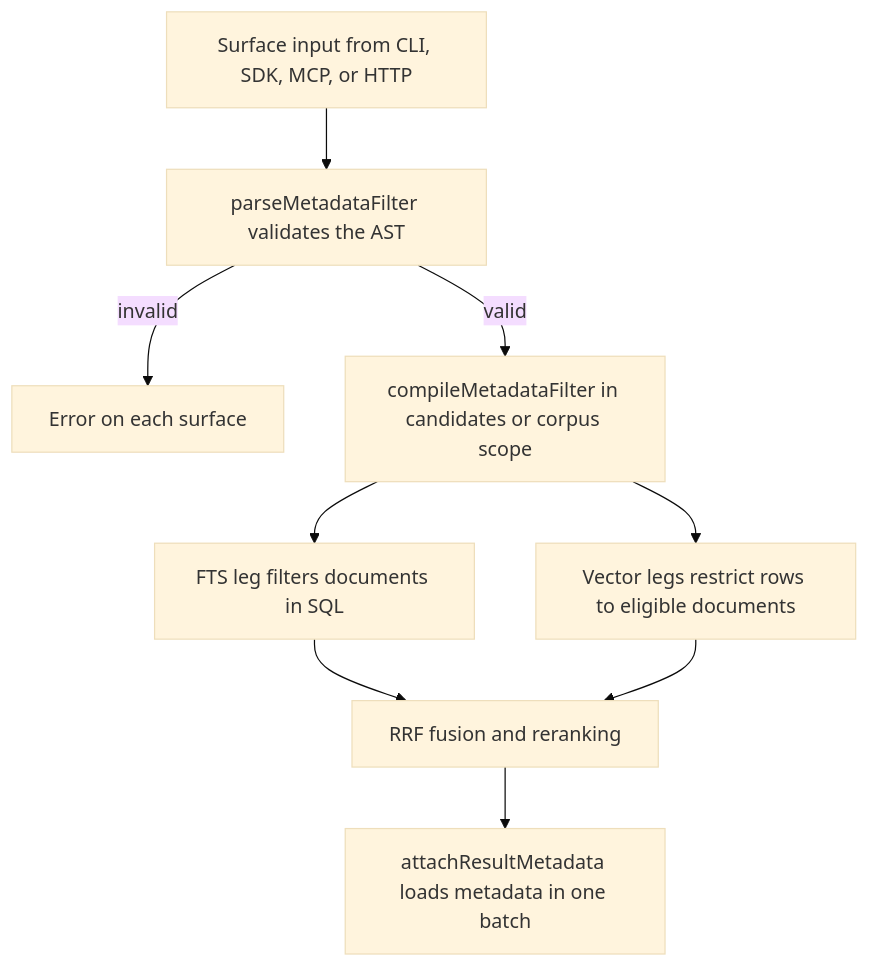
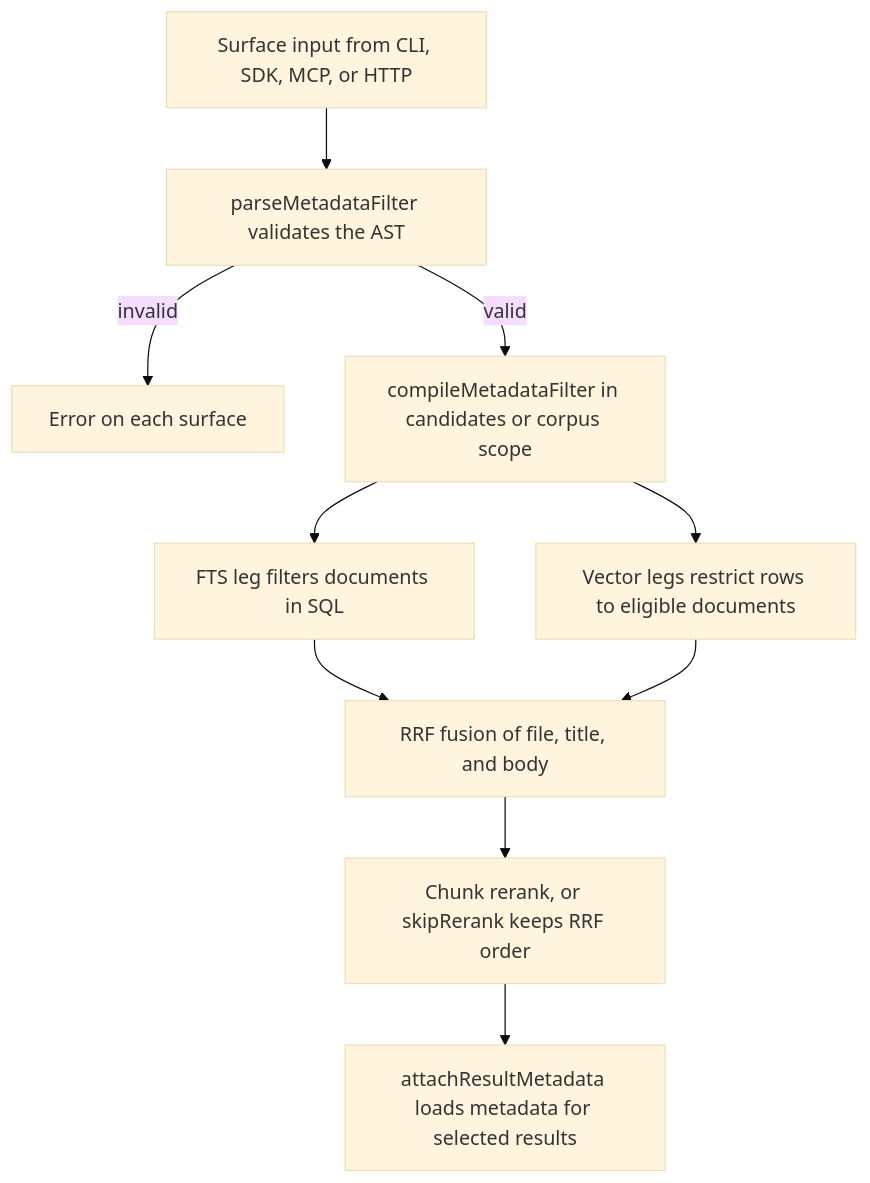
The second of 2 diagrams in openwiki/concepts/metadata-filtering-and-discovery.md (vieGPT/qmd-enigma-agent-memory), drawn with Mermaid (base theme) before and after one commit. The commit also changed other lines of this file and 30 other files, not shown here.

````diff
--- a/openwiki/concepts/metadata-filtering-and-discovery.md
+++ b/openwiki/concepts/metadata-filtering-and-discovery.md
@@ -171,11 +173,12 @@
 ```mermaid
 flowchart TD
   A["Surface input from CLI, SDK, MCP, or HTTP"] --> B["parseMetadataFilter validates the AST"]
   B -- "invalid" --> E["Error on each surface"]
   B -- "valid" --> C["compileMetadataFilter in candidates or corpus scope"]
   C --> D["FTS leg filters documents in SQL"]
   C --> F["Vector legs restrict rows to eligible documents"]
-  D --> G["RRF fusion and reranking"]
+  D --> G["RRF fusion of file, title, and body"]
   F --> G
-  G --> H["attachResultMetadata loads metadata in one batch"]
+  G --> R["Chunk rerank, or skipRerank keeps RRF order"]
+  R --> H["attachResultMetadata loads metadata for selected results"]
 ```
````
